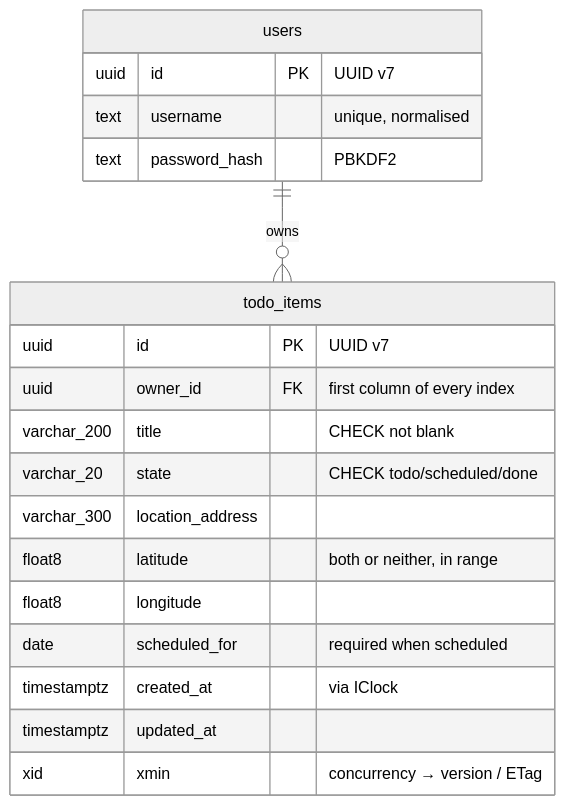
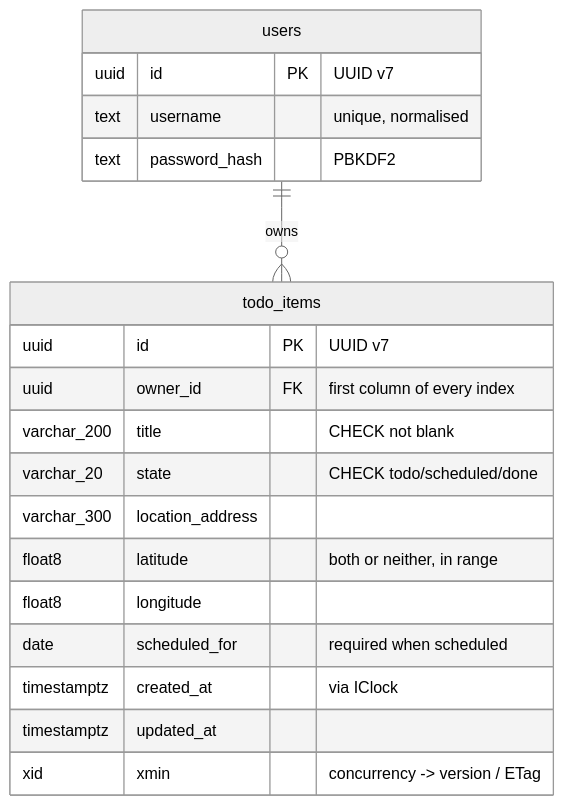
Before and after one commit to ring9834/MyTodos: the fourth of 8 diagrams in docs/architecture.md, drawn with Mermaid (neutral theme). The commit also changed other lines of this file and 19 other files, not shown here.

````diff
--- a/docs/architecture.md
+++ b/docs/architecture.md
@@ -215,22 +215,22 @@
 ```mermaid
 erDiagram
     users ||--o{ todo_items : owns
     users {
         uuid id PK "UUID v7"
         text username "unique, normalised"
         text password_hash "PBKDF2"
     }
     todo_items {
         uuid id PK "UUID v7"
         uuid owner_id FK "first column of every index"
         varchar_200 title "CHECK not blank"
         varchar_20 state "CHECK todo/scheduled/done"
         varchar_300 location_address
         float8 latitude "both or neither, in range"
         float8 longitude
         date scheduled_for "required when scheduled"
         timestamptz created_at "via IClock"
         timestamptz updated_at
-        xid xmin "concurrency → version / ETag"
+        xid xmin "concurrency -> version / ETag"
     }
 ```
````
